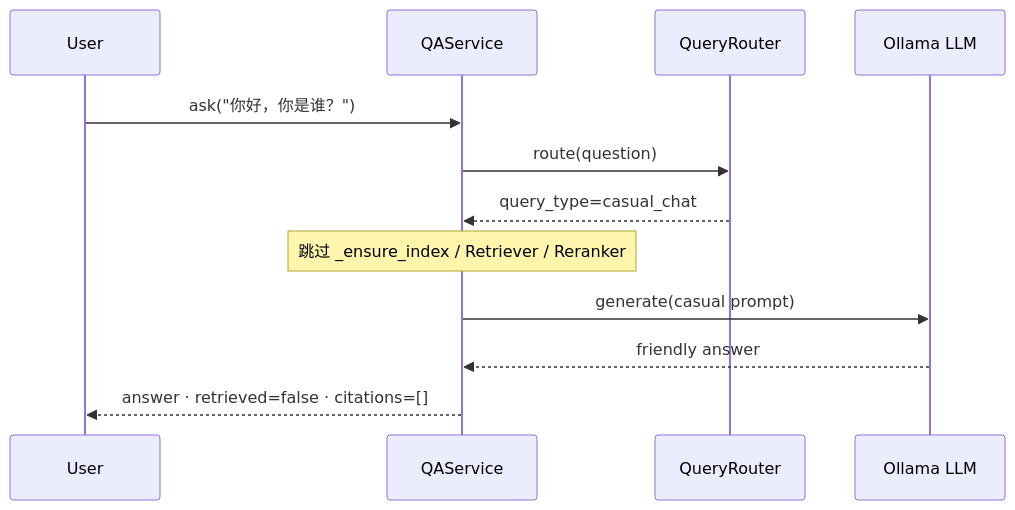
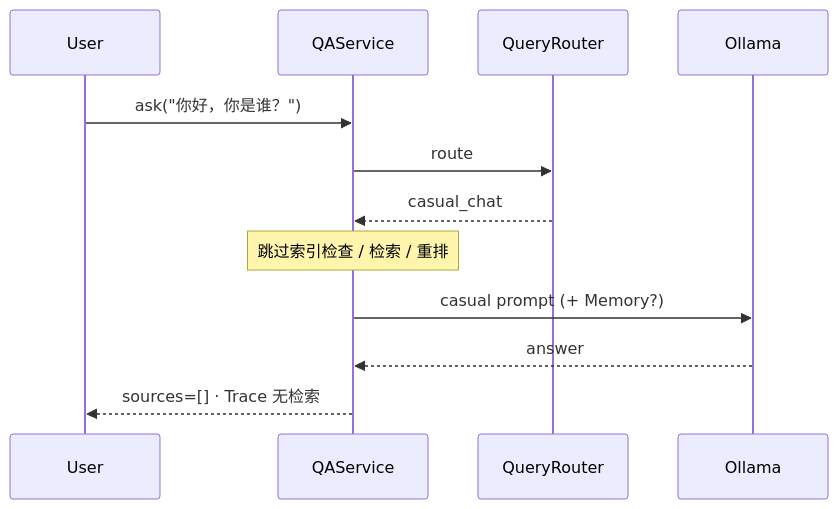
Before and after one commit to SomeH-Bosx/enterprise-rag: the fifth of 5 diagrams in RAG_ARCHITECTURE.md, drawn with Mermaid. The commit also changed other lines of this file and 1 other file, not shown here.

First line of the commit message:
docs: sync RAG_ARCHITECTURE and README with current pipeline

````diff
--- a/RAG_ARCHITECTURE.md
+++ b/RAG_ARCHITECTURE.md
@@ -177,15 +184,15 @@
 ```mermaid
 sequenceDiagram
   participant U as User
   participant QA as QAService
   participant QR as QueryRouter
-  participant LLM as Ollama LLM
+  participant LLM as Ollama
 
   U->>QA: ask("你好，你是谁？")
-  QA->>QR: route(question)
-  QR-->>QA: query_type=casual_chat
-  Note over QA: 跳过 _ensure_index / Retriever / Reranker
-  QA->>LLM: generate(casual prompt)
-  LLM-->>QA: friendly answer
-  QA-->>U: answer · retrieved=false · citations=[]
+  QA->>QR: route
+  QR-->>QA: casual_chat
+  Note over QA: 跳过索引检查 / 检索 / 重排
+  QA->>LLM: casual prompt (+ Memory?)
+  LLM-->>QA: answer
+  QA-->>U: sources=[] · Trace 无检索
 ```
````
